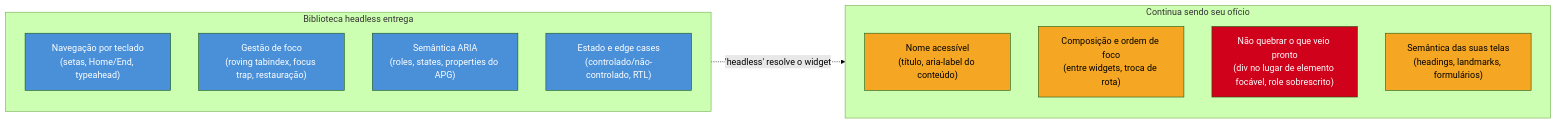
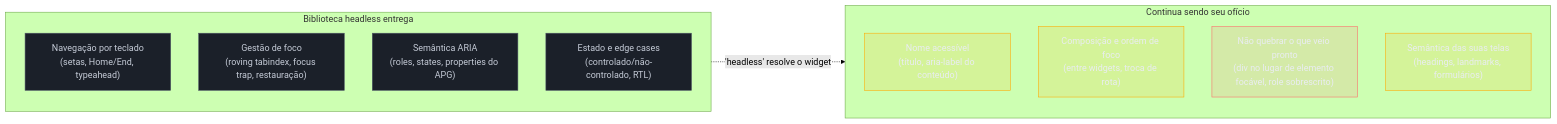
The diagram in 03-Dominios/Tecnologia/Acessibilidade/Construir Acessível/10 - A11y em React e component libraries.md (josenaldo/codex-technomanticus), drawn with Mermaid (forest theme) before and after one commit. The commit also changed 1181 other files, not shown here.

First line of the commit message:
fix(diagramas): paleta do sistema no lugar de cor cravada no markdown

````diff
--- a/03-Dominios/Tecnologia/Acessibilidade/Construir Acessível/10 - A11y em React e component libraries.md
+++ b/03-Dominios/Tecnologia/Acessibilidade/Construir Acessível/10 - A11y em React e component libraries.md
@@ -62,29 +62,32 @@
 ```mermaid
 flowchart LR
+    classDef neutro fill:#1B2029,stroke:#4E5666,color:#C6CCD8
+    classDef destaque fill:#FFAA0024,stroke:#FFAA00,color:#E9ECF2
+    classDef falha fill:#FF6B6B24,stroke:#FF6B6B,color:#E9ECF2
     subgraph LIB["Biblioteca headless entrega"]
         direction TB
         A["Navegação por teclado<br/>(setas, Home/End, typeahead)"]
         B["Gestão de foco<br/>(roving tabindex, focus trap, restauração)"]
         C["Semântica ARIA<br/>(roles, states, properties do APG)"]
         D["Estado e edge cases<br/>(controlado/não-controlado, RTL)"]
     end
 
     subgraph DEV["Continua sendo seu ofício"]
         direction TB
         E["Nome acessível<br/>(título, aria-label do conteúdo)"]
         F["Composição e ordem de foco<br/>(entre widgets, troca de rota)"]
         G["Não quebrar o que veio pronto<br/>(div no lugar de elemento focável, role sobrescrito)"]
         H["Semântica das suas telas<br/>(headings, landmarks, formulários)"]
     end
 
     LIB -.->|"'headless' resolve o widget"| DEV
 
-    style A fill:#4A90D9,color:#fff
-    style B fill:#4A90D9,color:#fff
-    style C fill:#4A90D9,color:#fff
-    style D fill:#4A90D9,color:#fff
-    style E fill:#F5A623,color:#000
-    style F fill:#F5A623,color:#000
-    style G fill:#D0021B,color:#fff
-    style H fill:#F5A623,color:#000
+    class A neutro
+    class B neutro
+    class C neutro
+    class D neutro
+    class E destaque
+    class F destaque
+    class G falha
+    class H destaque
 ```
````
